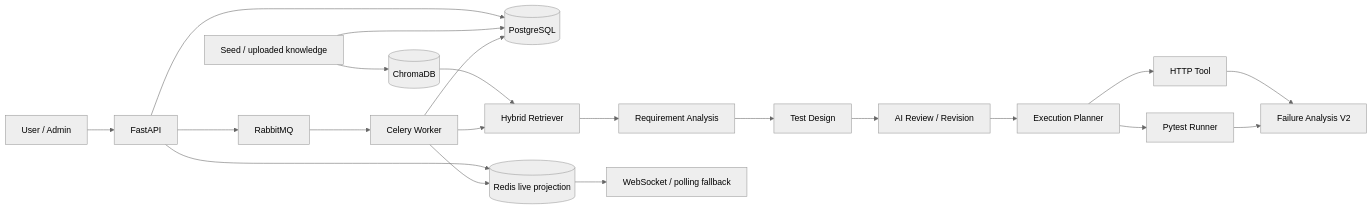
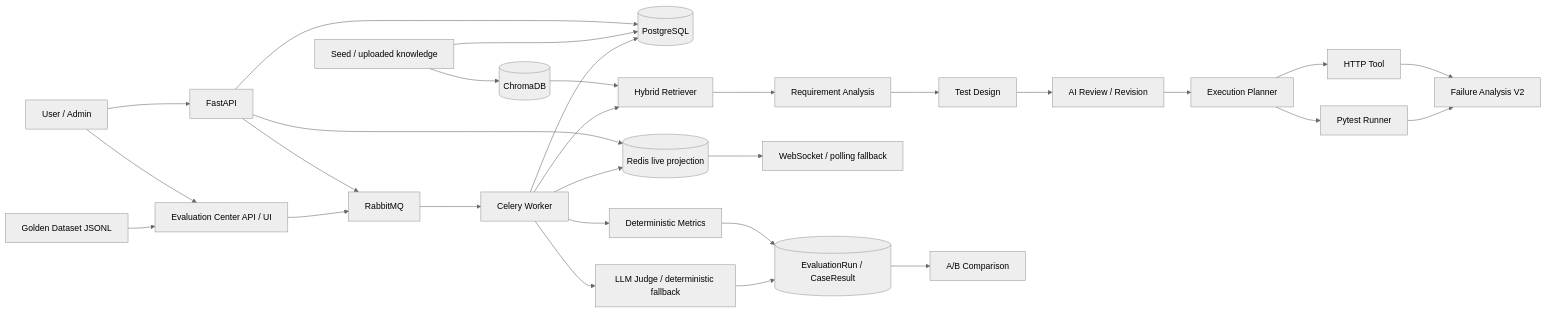
One commit to xingqianyue268-alt/req2test-agent changed the diagram in docs/architecture.md. Above: the diagram before and after it, drawn with Mermaid (neutral theme). The commit also changed other lines of this file and 55 other files, not shown here.

Commit message:
feat: add AI evaluation center

````diff
--- a/docs/architecture.md
+++ b/docs/architecture.md
@@ -9,23 +9,32 @@
 ```mermaid
 flowchart LR
     U[User / Admin] --> API[FastAPI]
     API --> PG[(PostgreSQL)]
     API --> R[(Redis live projection)]
     API --> MQ[RabbitMQ]
     MQ --> W[Celery Worker]
     K[Seed / uploaded knowledge] --> PG
     K --> C[(ChromaDB)]
     C --> RAG[Hybrid Retriever]
     W --> RAG
     RAG --> A[Requirement Analysis]
     A --> D[Test Design]
     D --> Q[AI Review / Revision]
     Q --> E[Execution Planner]
     E --> H[HTTP Tool]
     E --> P[Pytest Runner]
     H --> F[Failure Analysis V2]
     P --> F
     W --> PG
     W --> R
     R --> WS[WebSocket / polling fallback]
+
+    U --> EC[Evaluation Center API / UI]
+    GD[Golden Dataset JSONL] --> EC
+    EC --> MQ
+    W --> DM[Deterministic Metrics]
+    W --> J[LLM Judge / deterministic fallback]
+    DM --> ER[(EvaluationRun / CaseResult)]
+    J --> ER
+    ER --> AB[A/B Comparison]
 ```
````
